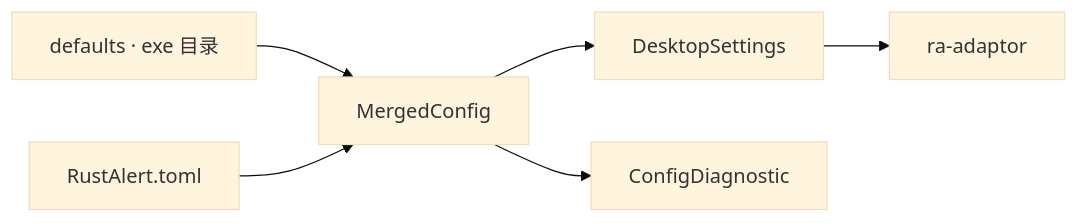
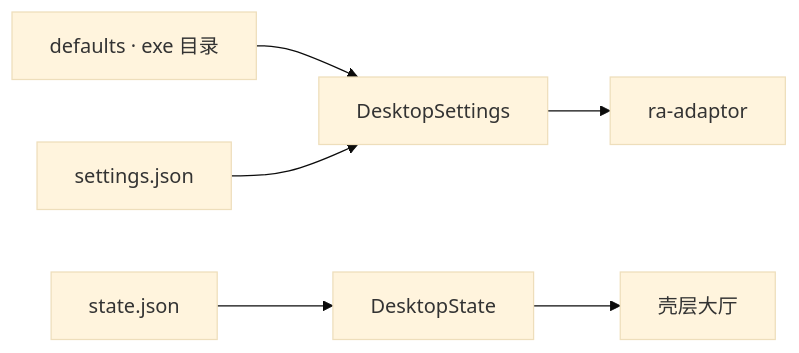
One commit to rust-alert/ra2.exe changed the diagram in projects/engine/ra-config/readme.md. Above: the diagram before and after it, drawn with Mermaid (base theme). The commit also changed other lines of this file and 11 other files, not shown here.

First line of the commit message:
🎁 Replace `RustAlert.toml` with `rust-alert2` settings and state JSON

````diff
--- a/projects/engine/ra-config/readme.md
+++ b/projects/engine/ra-config/readme.md
@@ -17,8 +28,8 @@
 ```mermaid
 flowchart LR
-  DEF[defaults · exe 目录] --> MERGE[MergedConfig]
-  FILE[RustAlert.toml] --> MERGE
-  MERGE --> DS[DesktopSettings]
-  MERGE --> DIAG[ConfigDiagnostic]
-  DS --> AD[ra-adaptor]
+  DEF[defaults · exe 目录] --> SET[DesktopSettings]
+  SJ[settings.json] --> SET
+  STJ[state.json] --> STATE[DesktopState]
+  SET --> AD[ra-adaptor]
+  STATE --> SHELL[壳层大厅]
 ```
````
